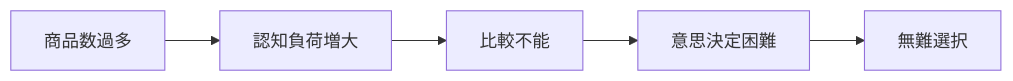
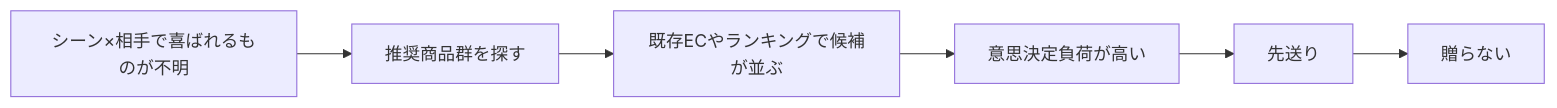
Before and after one commit to ryo-chan-k6/GiftRecommendAPP_MVP_CYCLE_3: the second of 2 diagrams in docs/01_事業構想/課題定義書.md, drawn with Mermaid. The commit also changed other lines of this file and 8 other files, not shown here.

````diff
--- a/docs/01_事業構想/課題定義書.md
+++ b/docs/01_事業構想/課題定義書.md
@@ -91,7 +115,8 @@
 ```mermaid
 flowchart LR
-    A[商品数過多] --> B[認知負荷増大]
-    B --> C[比較不能]
-    C --> D[意思決定困難]
-    D --> E[無難選択]
+    A[シーン×相手で喜ばれるものが不明] --> B[推奨商品群を探す]
+    B --> C[既存ECやランキングで候補が並ぶ]
+    C --> D[意思決定負荷が高い]
+    D --> E[先送り]
+    E --> F[贈らない]
 ```
````
